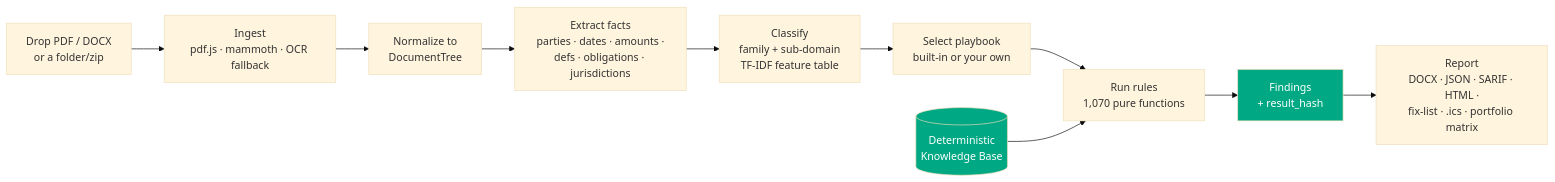
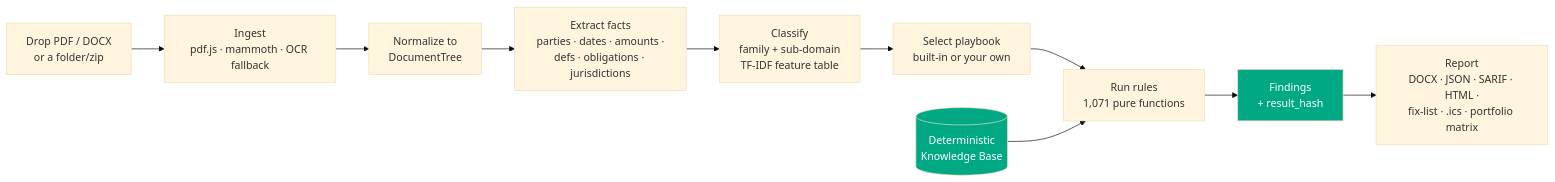
One commit to clay-good/vaulytica changed the first of 11 diagrams in README.md. Above: the diagram before and after it, drawn with Mermaid (base theme). The commit also changed other lines of this file and 363 other files, not shown here.

````diff
--- a/README.md
+++ b/README.md
@@ -27,14 +27,14 @@
 ```mermaid
 flowchart LR
   A[Drop PDF / DOCX<br/>or a folder/zip] --> B[Ingest<br/>pdf.js · mammoth · OCR fallback]
   B --> C[Normalize to<br/>DocumentTree]
   C --> D[Extract facts<br/>parties · dates · amounts ·<br/>defs · obligations · jurisdictions]
   D --> E[Classify<br/>family + sub-domain<br/>TF-IDF feature table]
   E --> F[Select playbook<br/>built-in or your own]
-  F --> G[Run rules<br/>1,070 pure functions]
+  F --> G[Run rules<br/>1,071 pure functions]
   G --> H[Findings<br/>+ result_hash]
   H --> I[Report<br/>DOCX · JSON · SARIF · HTML ·<br/>fix-list · .ics · portfolio matrix]
   K[(Deterministic<br/>Knowledge Base)] --> G
   style K fill:#00A883,color:#fff
   style H fill:#00A883,color:#fff
 ```
````
